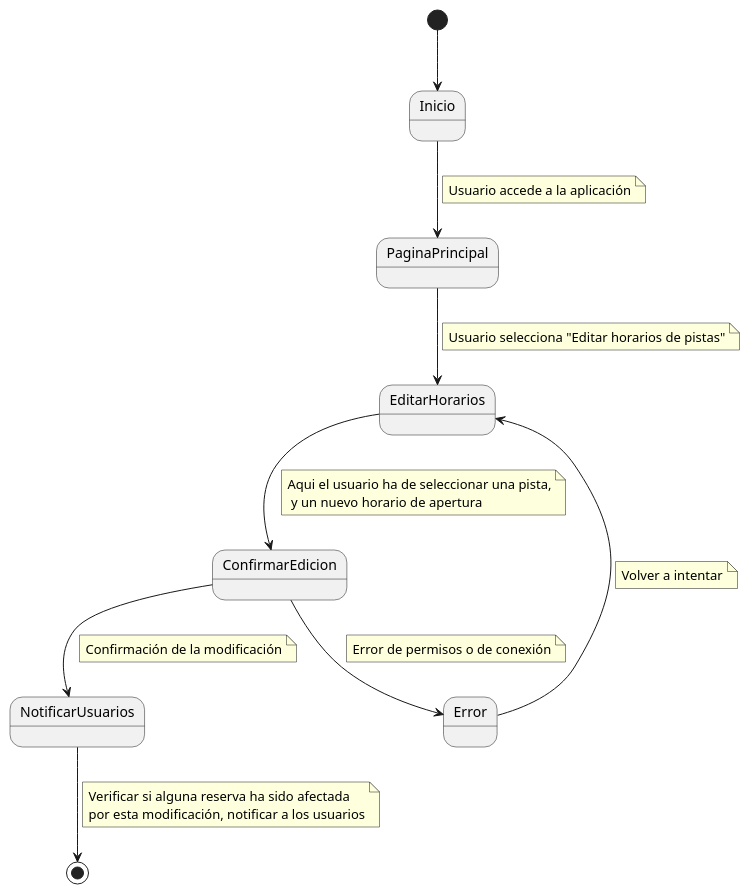
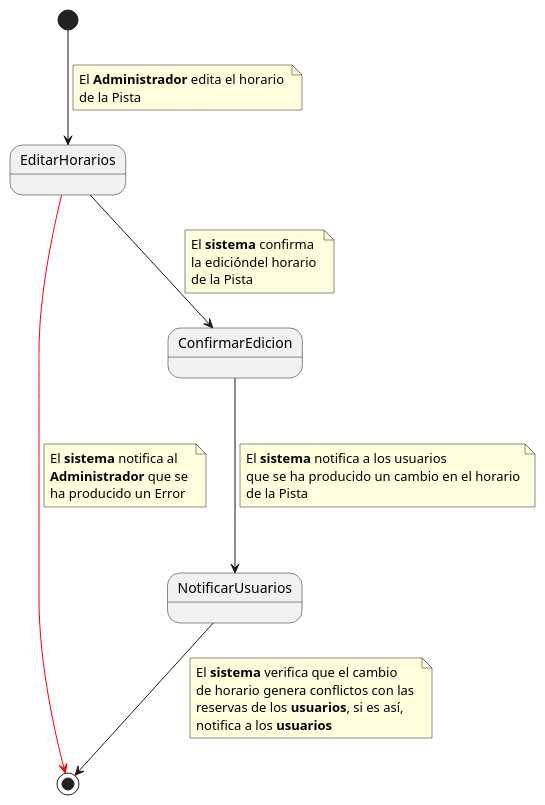
Before and after one commit to pablarce/23-24-IdSw1-SDR: the diagram in CasosDeUso/CduDetallados/CduPistas/ActualizarHorariosPista.puml, drawn with PlantUML. The commit also changed 1 other file, not shown here.

Commit message:
Cambios a CDU ActualizarHorariosPista

```diff
--- a/CasosDeUso/CduDetallados/CduPistas/ActualizarHorariosPista.puml
+++ b/CasosDeUso/CduDetallados/CduPistas/ActualizarHorariosPista.puml
@@ -1,34 +1,34 @@
 @startuml
-[*] --> Inicio
-Inicio --> PaginaPrincipal
+[*] -->  EditarHorarios
 note on link
-Usuario accede a la aplicación
-end note
-PaginaPrincipal --> EditarHorarios
-note on link
-Usuario selecciona "Editar horarios de pistas"
+El **Administrador** edita el horario 
+de la Pista
 end note
 EditarHorarios --> ConfirmarEdicion
 note on link
-Aqui el usuario ha de seleccionar una pista,
- y un nuevo horario de apertura
+El **sistema** confirma 
+la edicióndel horario 
+de la Pista
 end note
-ConfirmarEdicion --> Error
+
+EditarHorarios -[#red]> [*]
 note on link
-Error de permisos o de conexión
+El **sistema** notifica al 
+**Administrador** que se 
+ha producido un Error
 end note
-Error --> EditarHorarios
+ConfirmarEdicion ---> NotificarUsuarios
 note on link
-Volver a intentar
-end note
-ConfirmarEdicion --> NotificarUsuarios
-note on link
-Confirmación de la modificación
+El **sistema** notifica a los usuarios
+que se ha producido un cambio en el horario
+de la Pista
 end note
 NotificarUsuarios --> [*] 
 note on link
-Verificar si alguna reserva ha sido afectada
-por esta modificación, notificar a los usuarios
+El **sistema** verifica que el cambio
+de horario genera conflictos con las 
+reservas de los **usuarios**, si es así,
+notifica a los **usuarios**
 end note
 
 @enduml
```
